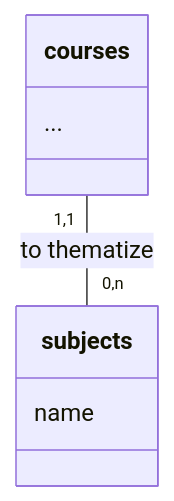
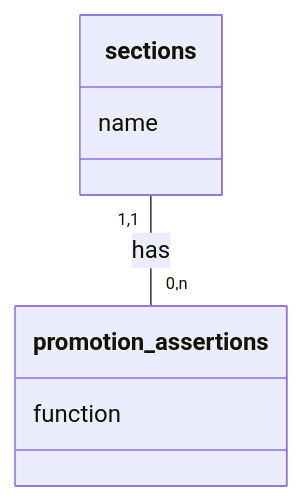
Before and after one commit to R0kkxSynetique/ROR-School-management: the seventh of 8 diagrams in doc/report.md, drawn with Mermaid. The commit also changed other lines of this file and 1 other file, not shown here.

````diff
--- a/doc/report.md
+++ b/doc/report.md
@@ -368,10 +206,11 @@
 ```mermaid
 classDiagram
-    class courses{...}
-
-    class subjects {
+    class promotion_assertions {
+        function
+    }
+    class sections {
         name
     }
 
-    courses "1,1" -- "0,n" subjects: to thematize
+    sections "1,1" -- "0,n" promotion_assertions: has
 ```
````
